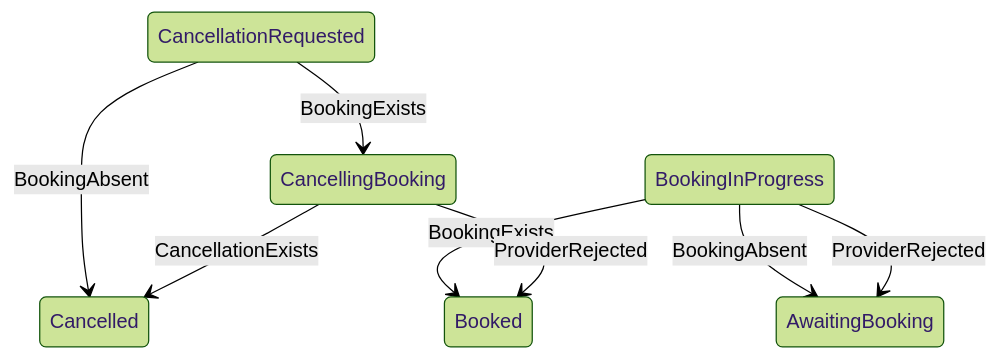
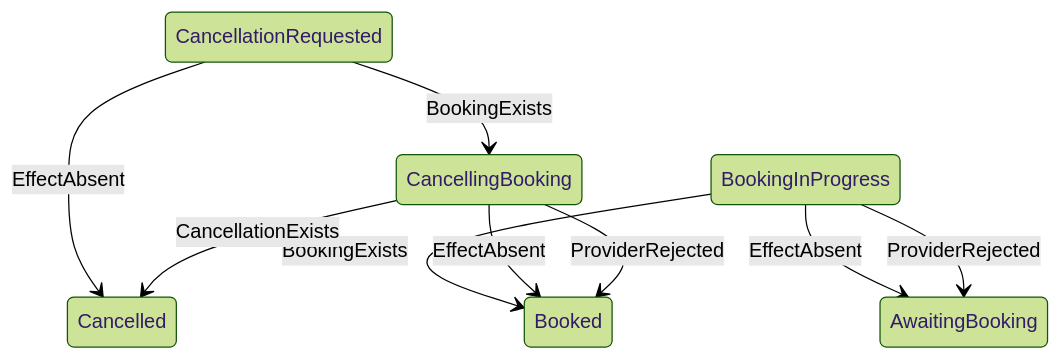
Before and after one commit to saibaneer/bld-townhall: the second of 3 diagrams in docs/state-machine.md, drawn with Mermaid (forest theme). The commit also changed other lines of this file and 2 other files, not shown here.

````diff
--- a/docs/state-machine.md
+++ b/docs/state-machine.md
@@ -47,12 +47,13 @@
 ```mermaid
 stateDiagram-v2
     BookingInProgress --> Booked: BookingExists
-    BookingInProgress --> AwaitingBooking: BookingAbsent
+    BookingInProgress --> AwaitingBooking: EffectAbsent
     BookingInProgress --> AwaitingBooking: ProviderRejected
 
     CancellationRequested --> CancellingBooking: BookingExists
-    CancellationRequested --> Cancelled: BookingAbsent
+    CancellationRequested --> Cancelled: EffectAbsent
 
     CancellingBooking --> Cancelled: CancellationExists
+    CancellingBooking --> Booked: EffectAbsent
     CancellingBooking --> Booked: ProviderRejected
 ```
````
